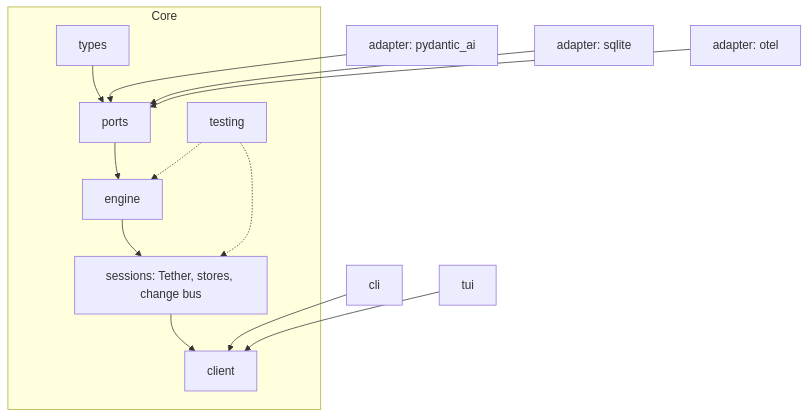
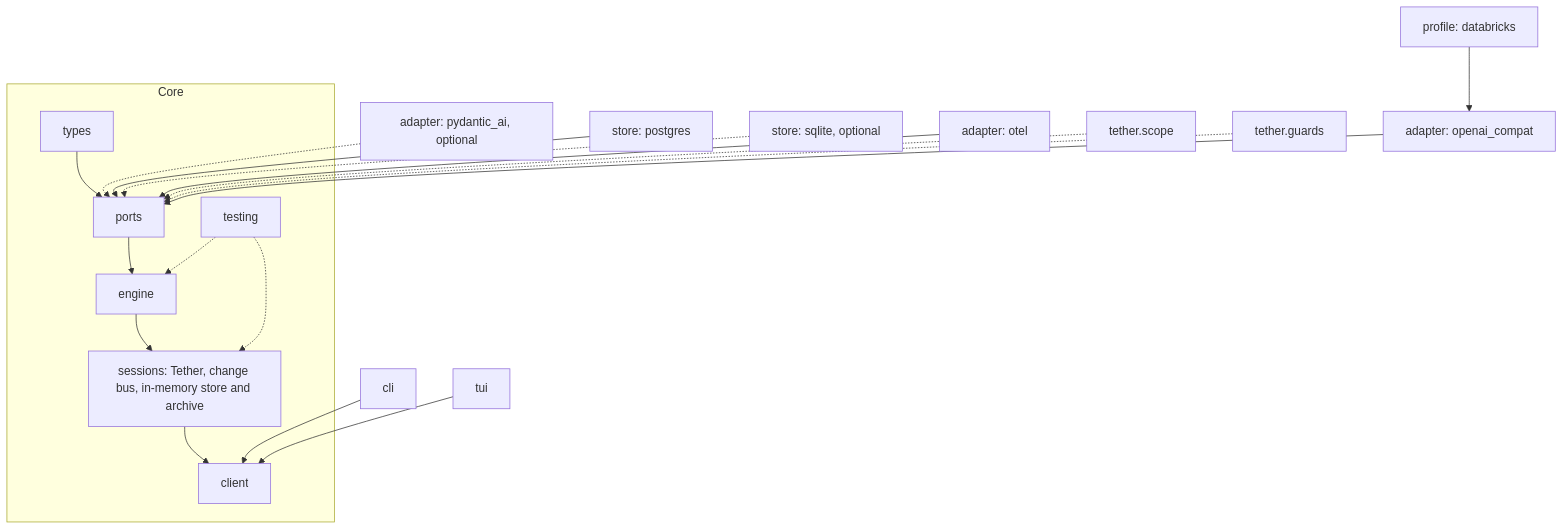
The second of 3 diagrams in docs/helix/02-design/architecture.md (DocumentDrivenDX/tether), drawn with Mermaid before and after one commit. The commit also changed other lines of this file and 42 other files, not shown here.

First line of the commit message:
Design: storage ports, trust and state ownership, ADR-014..020, contract rewrites, architecture

````diff
--- a/docs/helix/02-design/architecture.md
+++ b/docs/helix/02-design/architecture.md
@@ -74,16 +101,21 @@
 ```mermaid
 graph TB
     subgraph Core
       Types[types] --> Ports[ports]
       Ports --> Engine[engine]
-      Engine --> Sessions[sessions: Tether, stores, change bus]
+      Engine --> Sessions[sessions: Tether, change bus, in-memory store and archive]
       Sessions --> Client[client]
       Testing[testing] -.-> Engine
       Testing -.-> Sessions
     end
-    Pai[adapter: pydantic_ai] --> Ports
-    Sqlite[adapter: sqlite] --> Ports
+    Compat[adapter: openai_compat] --> Ports
+    Dbx[profile: databricks] --> Compat
+    Pai[adapter: pydantic_ai, optional] -.-> Ports
+    Pg[store: postgres] --> Ports
+    Sqlite[store: sqlite, optional] -.-> Ports
     Otel[adapter: otel] --> Ports
+    Scope[tether.scope] -.-> Ports
+    Guards[tether.guards] -.-> Ports
     Cli[cli] --> Client
     Tui[tui] --> Client
 ```
````
